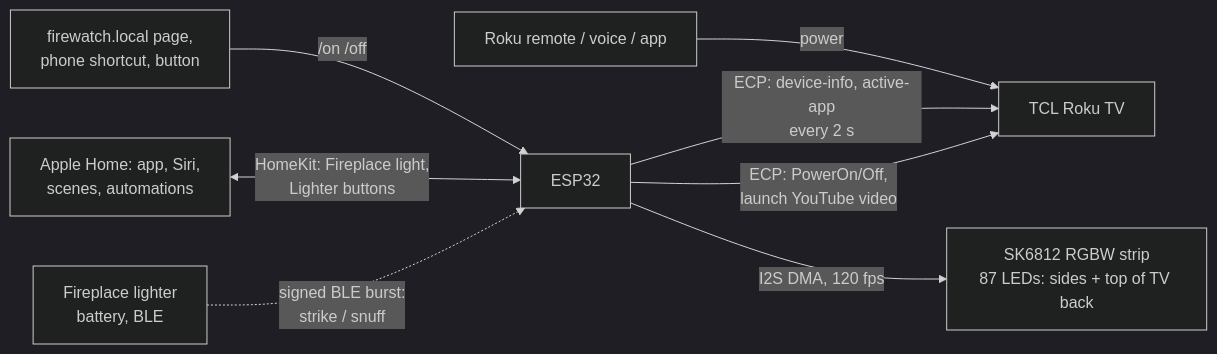
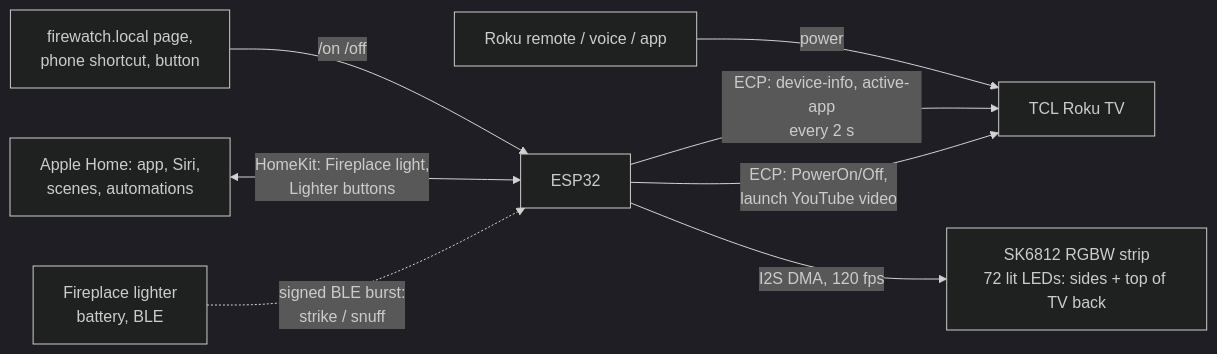
One commit to micahflock/Firewatch changed the diagram in README.md. Above: the diagram before and after it, drawn with Mermaid (dark theme). The commit also changed 6 other files, not shown here.

First line of the commit message:
Renumber LEDs for the as-fitted strip: 3 dark lead-in, then 17/38/17

````diff
--- a/README.md
+++ b/README.md
@@ -11,10 +11,10 @@
 ```mermaid
 flowchart LR
   R[Roku remote / voice / app] -->|power| TV[TCL Roku TV]
   W[firewatch.local page,<br>phone shortcut, button] -->|/on /off| E
   H[Apple Home: app, Siri,<br>scenes, automations] <-->|HomeKit: Fireplace light,<br>Lighter buttons| E
   Z[Fireplace lighter<br>battery, BLE] -.->|signed BLE burst:<br>strike / snuff| E
   E[ESP32] -->|ECP: device-info, active-app<br>every 2 s| TV
   E -->|ECP: PowerOn/Off,<br>launch YouTube video| TV
-  E -->|I2S DMA, 120 fps| L[SK6812 RGBW strip<br>87 LEDs: sides + top of TV back]
+  E -->|I2S DMA, 120 fps| L[SK6812 RGBW strip<br>72 lit LEDs: sides + top of TV back]
 ```
````
